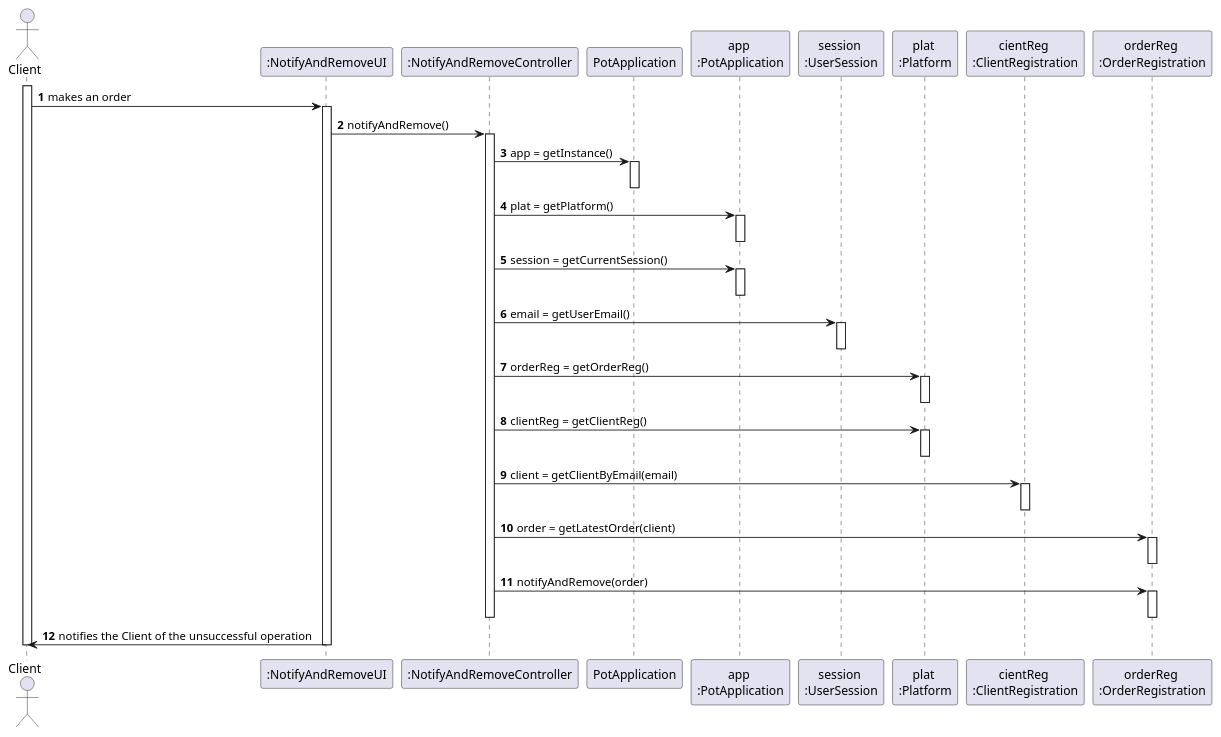
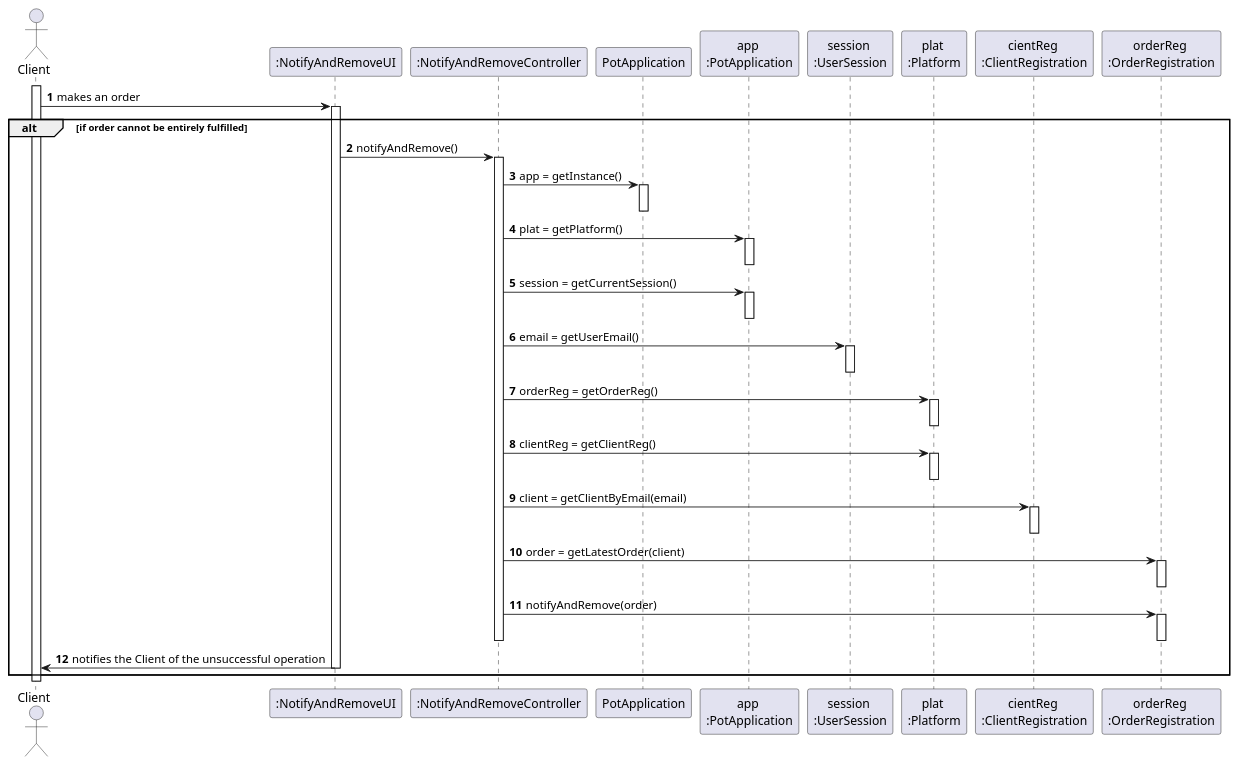
Before and after one commit to tiagoavcosta25/LAPR3: the diagram in docs/Iteration 1/Make An Order/US149_NotifyAndRemove/US149_SD.puml, drawn with PlantUML. The commit also changed 15 other files, not shown here.

```diff
--- a/docs/Iteration 1/Make An Order/US149_NotifyAndRemove/US149_SD.puml
+++ b/docs/Iteration 1/Make An Order/US149_NotifyAndRemove/US149_SD.puml
@@ -1,58 +1,59 @@
 @startuml
 autonumber
 actor "Client" as Client
 
 participant ":NotifyAndRemoveUI" as UI
 participant ":NotifyAndRemoveController" as CTRL
 participant "PotApplication" as PA
 participant "app \n:PotApplication" as APA
 participant "session \n:UserSession" as US
 participant "plat \n:Platform" as PLAT
 participant "cientReg \n:ClientRegistration" as CR
 participant "orderReg \n:OrderRegistration" as RF
 
 
 activate Client
 
 Client -> UI : makes an order
+alt if order cannot be entirely fulfilled
 activate UI
 UI -> CTRL : notifyAndRemove()
 activate CTRL
 CTRL -> PA : app = getInstance()
 activate PA
 deactivate PA
 CTRL -> APA : plat = getPlatform()
 activate APA
 deactivate APA
 
 CTRL -> APA: session = getCurrentSession()
 activate APA
 deactivate APA
 
 CTRL -> US: email = getUserEmail()
 activate US
 deactivate US
 CTRL -> PLAT : orderReg = getOrderReg()
 activate PLAT
 deactivate PLAT
 CTRL -> PLAT : clientReg = getClientReg()
 activate PLAT
 deactivate PLAT
 CTRL -> CR : client = getClientByEmail(email)
 activate CR
 deactivate CR
 CTRL -> RF : order = getLatestOrder(client)
 activate RF
 deactivate RF
 CTRL -> RF : notifyAndRemove(order)
 activate RF
 deactivate RF
 deactivate CTRL
 
 
 UI -> Client : notifies the Client of the unsuccessful operation
 deactivate UI
-
+end
 deactivate Client
 
 @enduml
```
